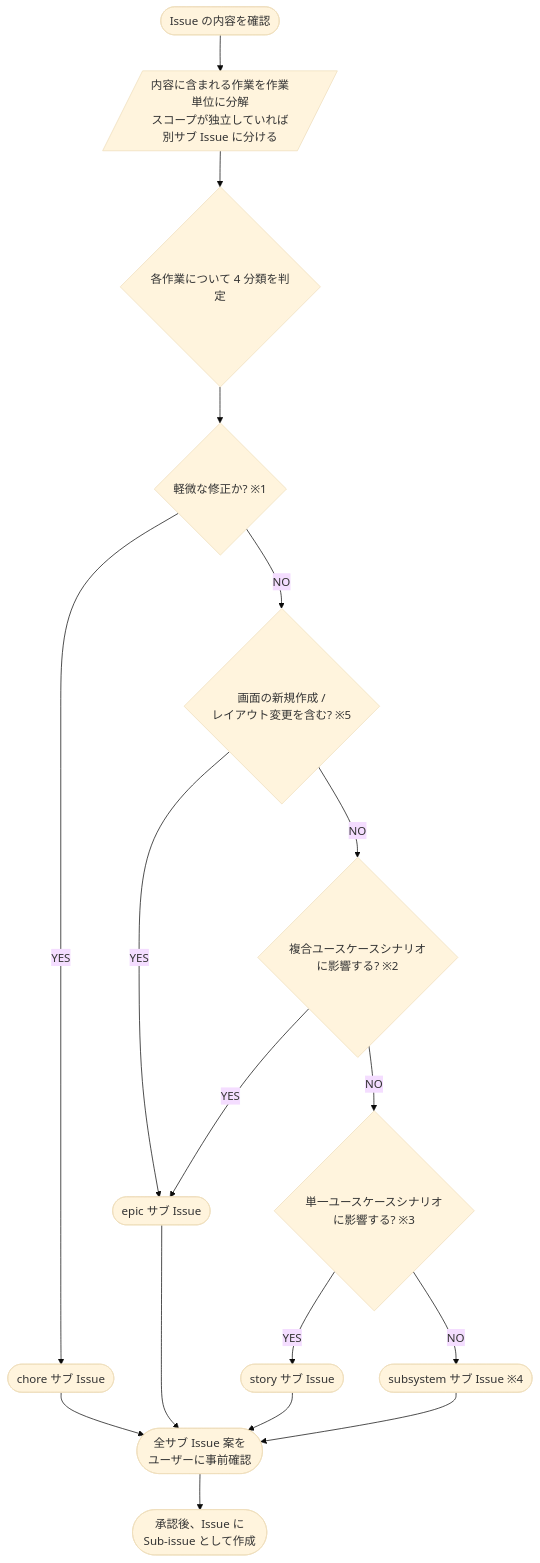
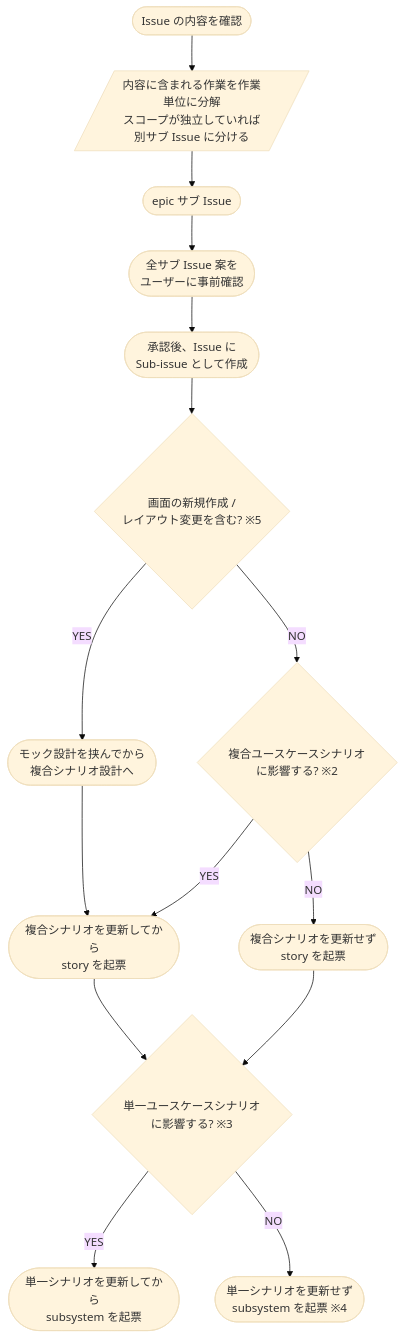
Before and after one commit to shuhei1101/ai-monitor: the diagram in docs/wiki/判定フローチャート/レイヤー.md, drawn with Mermaid (base theme). The commit also changed other lines of this file and 36 other files, not shown here.

````diff
--- a/docs/wiki/判定フローチャート/レイヤー.md
+++ b/docs/wiki/判定フローチャート/レイヤー.md
@@ -7,34 +10,30 @@
 ```mermaid
 flowchart TD
   START([Issue の内容を確認])
   SPLIT[/内容に含まれる作業を作業単位に分解<br/>スコープが独立していれば別サブ Issue に分ける/]
-  LOOP{各作業について 4 分類を判定}
-  Q1{軽微な修正か? ※1}
+  T_EPIC([epic サブ Issue])
+  CONFIRM([全サブ Issue 案を <br/>ユーザーに事前確認])
+  CREATE([承認後、Issue に<br/>Sub-issue として作成])
+
   Q4{画面の新規作成 /<br/>レイアウト変更を含む? ※5}
   Q2{複合ユースケースシナリオに影響する? ※2}
   Q3{単一ユースケースシナリオに影響する? ※3}
 
-  T_CHORE([chore サブ Issue])
-  T_EPIC([epic サブ Issue])
-  T_STORY([story サブ Issue])
-  T_SUB([subsystem サブ Issue ※4])
+  R_MOCK([モック設計を挟んでから<br/>複合シナリオ設計へ])
+  R_COMPLEX([複合シナリオを更新してから<br/>story を起票])
+  R_STORY([複合シナリオを更新せず<br/>story を起票])
+  R_SINGLE([単一シナリオを更新してから<br/>subsystem を起票])
+  R_SUB([単一シナリオを更新せず<br/>subsystem を起票 ※4])
 
-  CONFIRM([全サブ Issue 案を <br/>ユーザーに事前確認])
-  CREATE([承認後、Issue に<br/>Sub-issue として作成])
-
-  START --> SPLIT --> LOOP
-  LOOP --> Q1
-  Q1 -->|NO| Q4
-  Q1 -->|YES| T_CHORE
-  Q4 -->|YES| T_EPIC
+  START --> SPLIT --> T_EPIC --> CONFIRM --> CREATE
+  CREATE --> Q4
+  Q4 -->|YES| R_MOCK
   Q4 -->|NO| Q2
-  Q2 -->|YES| T_EPIC
-  Q2 -->|NO| Q3
-  Q3 -->|NO| T_SUB
-  Q3 -->|YES| T_STORY
-  T_CHORE --> CONFIRM
-  T_EPIC --> CONFIRM
-  T_STORY --> CONFIRM
-  T_SUB --> CONFIRM
-  CONFIRM --> CREATE
+  Q2 -->|YES| R_COMPLEX
+  Q2 -->|NO| R_STORY
+  R_MOCK --> R_COMPLEX
+  R_COMPLEX --> Q3
+  R_STORY --> Q3
+  Q3 -->|YES| R_SINGLE
+  Q3 -->|NO| R_SUB
 ```
````
